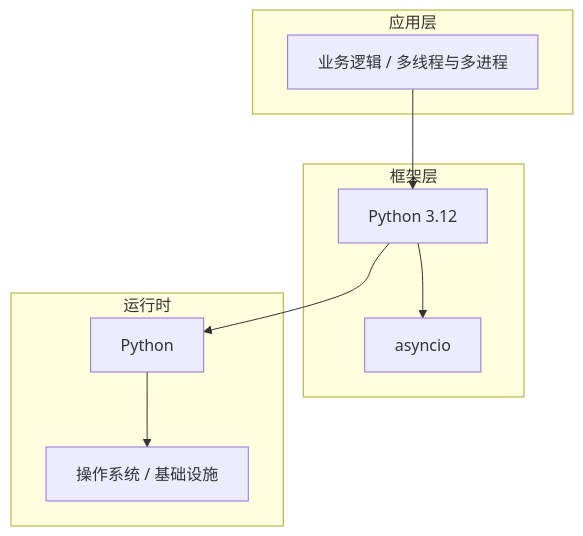
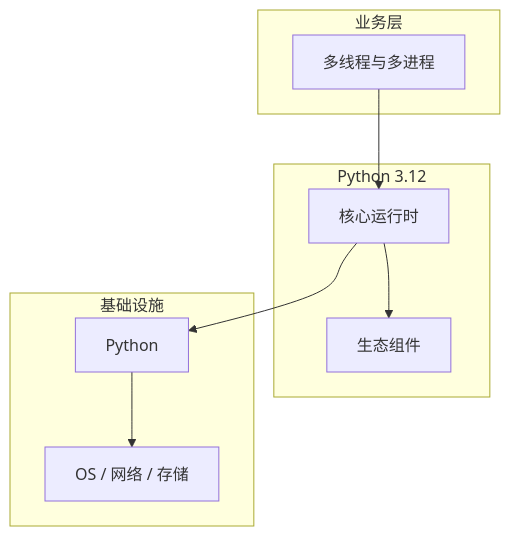
Before and after one commit to yanggan2015/knowledge-json-v2: the diagram in articles/Python高级/chapters/017-多线程与多进程核心概念与原理.md, drawn with Mermaid. The commit also changed other lines of this file and 10127 other files, not shown here.

````diff
--- a/articles/Python高级/chapters/017-多线程与多进程核心概念与原理.md
+++ b/articles/Python高级/chapters/017-多线程与多进程核心概念与原理.md
@@ -45,18 +34,18 @@
 ```mermaid
 graph TB
-    subgraph 应用层
-        A[业务逻辑 / 多线程与多进程]
+    subgraph 业务层
+        A[多线程与多进程]
     end
-    subgraph 框架层
-        B[Python 3.12]
-        C[asyncio]
+    subgraph Python 3.12
+        B[核心运行时]
+        C[生态组件]
     end
-    subgraph 运行时
+    subgraph 基础设施
         D[Python]
-        E[操作系统 / 基础设施]
+        E[OS / 网络 / 存储]
     end
     A --> B
     B --> C
     B --> D
     D --> E
 ```
````
